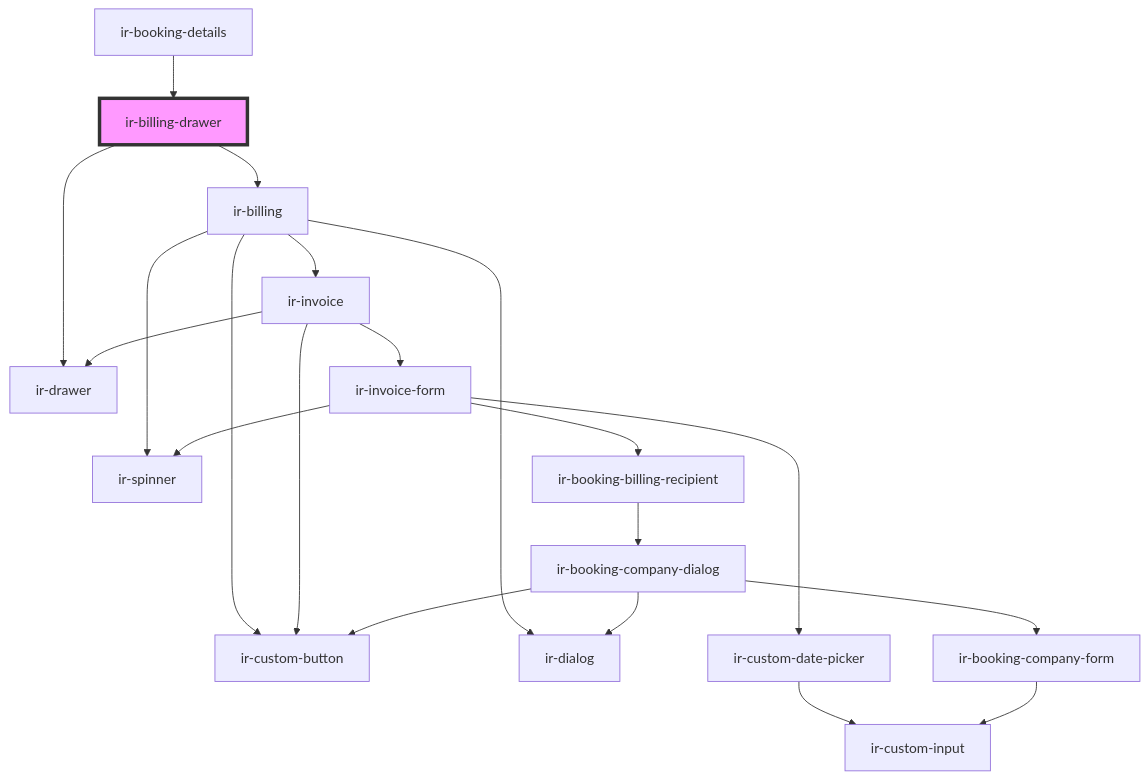
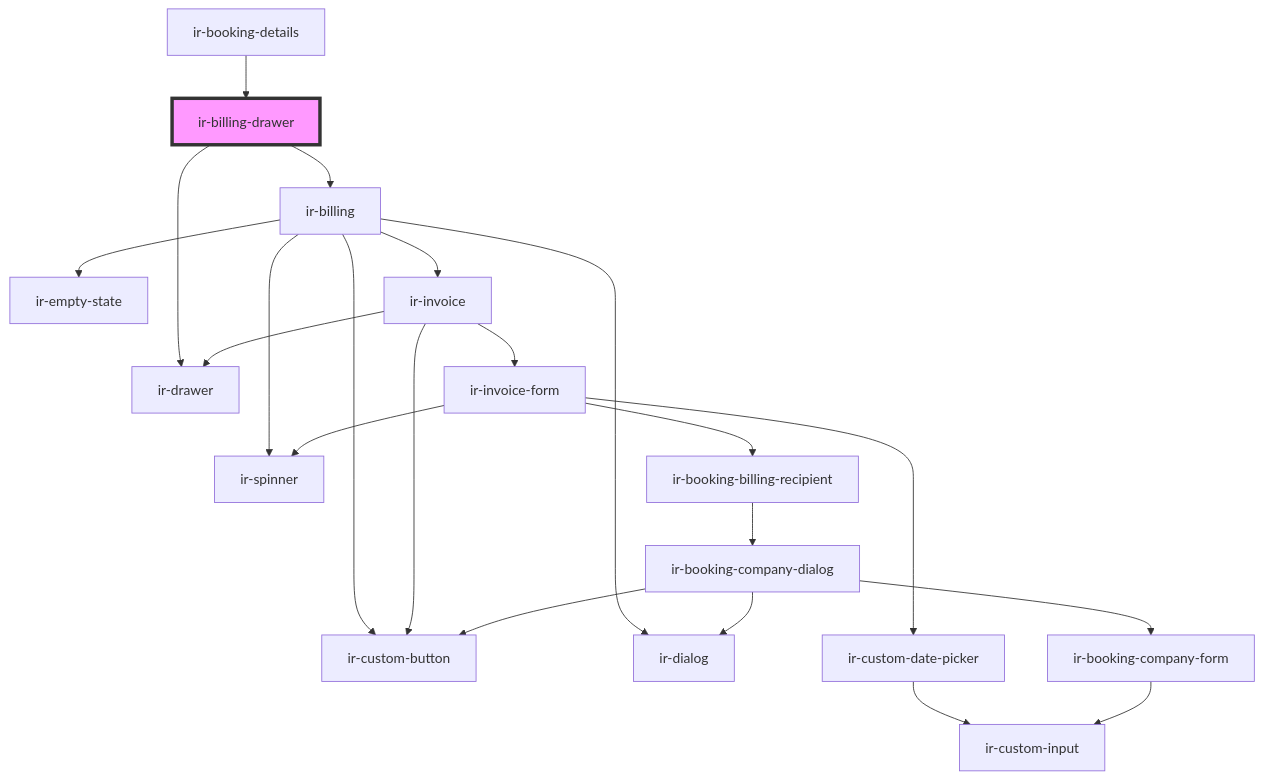
One commit to David1Chowaifaty/modified-ir-webcmp changed the diagram in src/components/ir-billing/ir-billing-drawer/readme.md. Above: the diagram before and after it, drawn with Mermaid. The commit also changed 17 other files, not shown here.

````diff
--- a/src/components/ir-billing/ir-billing-drawer/readme.md
+++ b/src/components/ir-billing/ir-billing-drawer/readme.md
@@ -35,23 +35,24 @@
 ```mermaid
 graph TD;
   ir-billing-drawer --> ir-drawer
   ir-billing-drawer --> ir-billing
   ir-billing --> ir-spinner
   ir-billing --> ir-custom-button
+  ir-billing --> ir-empty-state
   ir-billing --> ir-invoice
   ir-billing --> ir-dialog
   ir-invoice --> ir-drawer
   ir-invoice --> ir-invoice-form
   ir-invoice --> ir-custom-button
   ir-invoice-form --> ir-spinner
   ir-invoice-form --> ir-custom-date-picker
   ir-invoice-form --> ir-booking-billing-recipient
   ir-custom-date-picker --> ir-custom-input
   ir-booking-billing-recipient --> ir-booking-company-dialog
   ir-booking-company-dialog --> ir-dialog
   ir-booking-company-dialog --> ir-booking-company-form
   ir-booking-company-dialog --> ir-custom-button
   ir-booking-company-form --> ir-custom-input
   ir-booking-details --> ir-billing-drawer
   style ir-billing-drawer fill:#f9f,stroke:#333,stroke-width:4px
 ```
````
